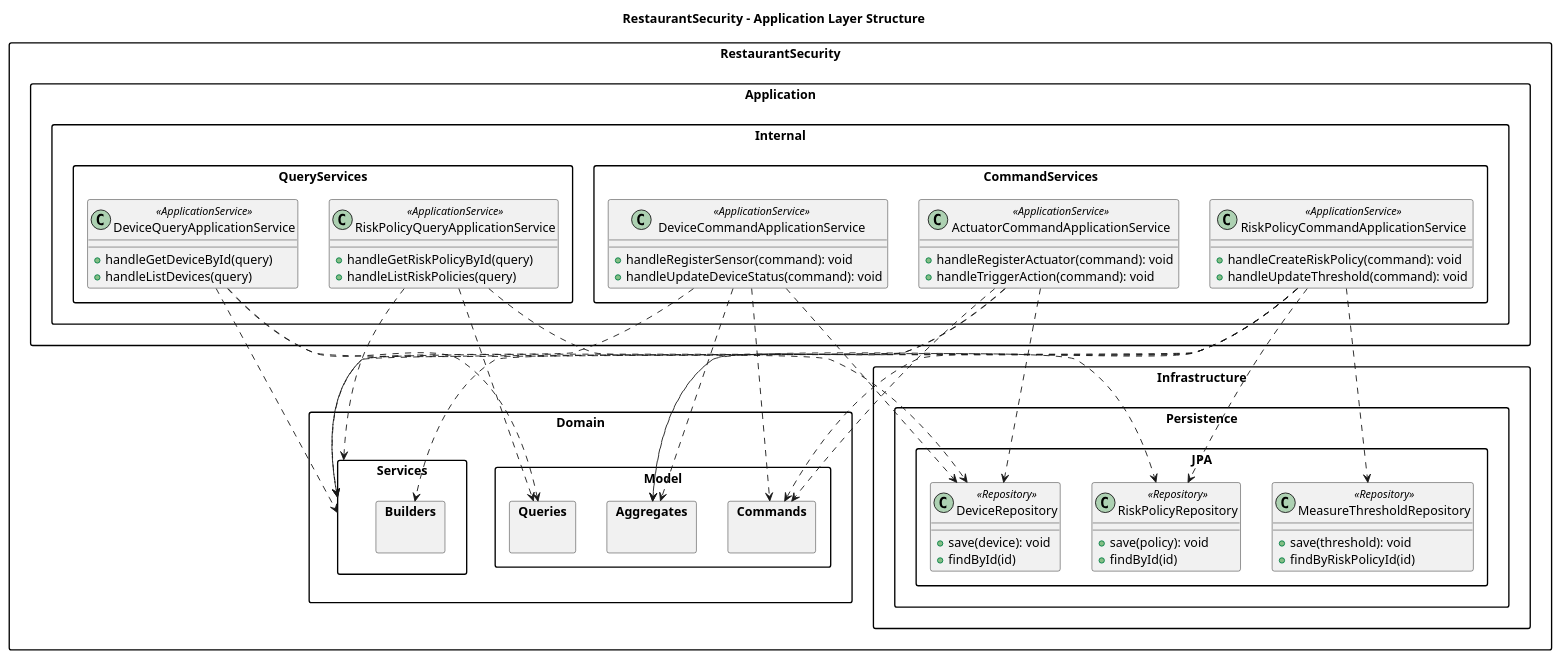
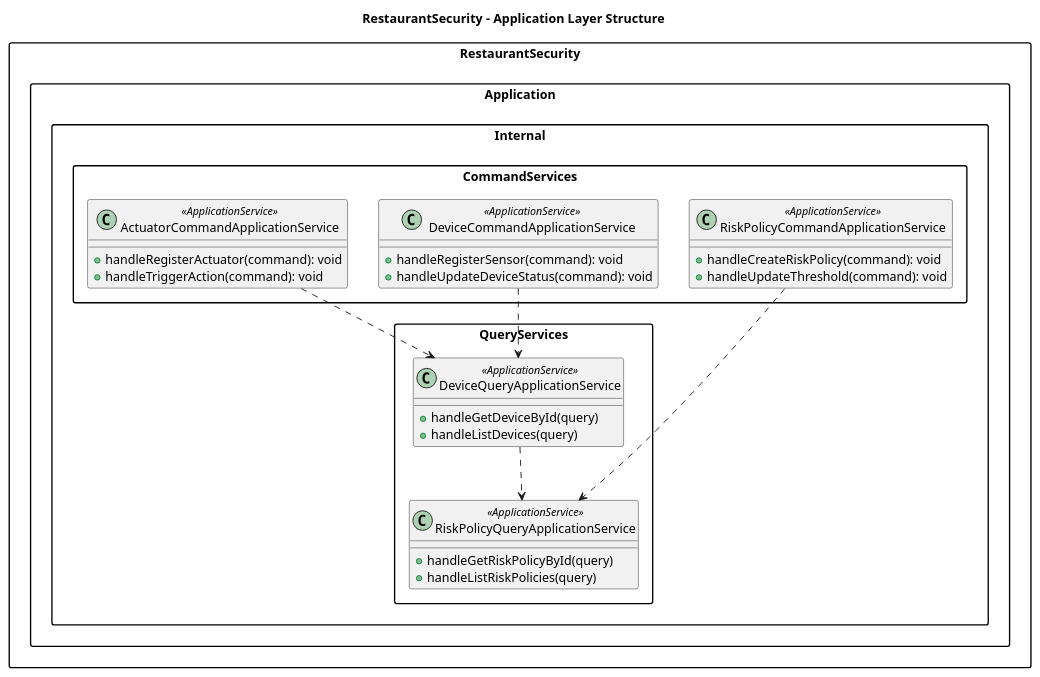
The diagram in img/capitulo_4/tactical_ddd/Security/security_application.puml (Soulware-IoT/report), drawn with PlantUML before and after one commit. The commit also changed 8 other files, not shown here.

```diff
--- a/img/capitulo_4/tactical_ddd/Security/security_application.puml
+++ b/img/capitulo_4/tactical_ddd/Security/security_application.puml
@@ -1,88 +1,40 @@
 @startuml
 skinparam packageStyle rectangle
 
 title RestaurantSecurity - Application Layer Structure
 
 package "RestaurantSecurity" {
-    package "Domain" {
-        package "Model" {
-            package "Aggregates" {}
-            package "Commands" {}
-            package "Queries" {}
-        }
-        package "Services" {
-            package "Builders" {}
-        }
-    }
-
     package "Application.Internal" {
         package "CommandServices" {
             class DeviceCommandApplicationService <<ApplicationService>> {
                 +handleRegisterSensor(command): void
                 +handleUpdateDeviceStatus(command): void
             }
             class RiskPolicyCommandApplicationService <<ApplicationService>> {
                 +handleCreateRiskPolicy(command): void
                 +handleUpdateThreshold(command): void
             }
             class ActuatorCommandApplicationService <<ApplicationService>> {
                 +handleRegisterActuator(command): void
                 +handleTriggerAction(command): void
             }
         }
         package "QueryServices" {
             class DeviceQueryApplicationService <<ApplicationService>> {
                 +handleGetDeviceById(query)
                 +handleListDevices(query)
             }
             class RiskPolicyQueryApplicationService <<ApplicationService>> {
                 +handleGetRiskPolicyById(query)
                 +handleListRiskPolicies(query)
             }
         }
     }
-
-    package "Infrastructure.Persistence" {
-        package "JPA" {
-            class DeviceRepository <<Repository>> {
-                +save(device): void
-                +findById(id)
-            }
-            class RiskPolicyRepository <<Repository>> {
-                +save(policy): void
-                +findById(id)
-            }
-            class MeasureThresholdRepository <<Repository>> {
-                +save(threshold): void
-                +findByRiskPolicyId(id)
-            }
-        }
-    }
 }
 
 ' === RELACIONES DE APPLICATION: Security ===
-RestaurantSecurity.Application.Internal.CommandServices.DeviceCommandApplicationService ..> RestaurantSecurity.Domain.Services
-RestaurantSecurity.Application.Internal.CommandServices.DeviceCommandApplicationService ..> RestaurantSecurity.Domain.Model.Commands
-RestaurantSecurity.Application.Internal.CommandServices.DeviceCommandApplicationService ..> RestaurantSecurity.Domain.Model.Aggregates
-RestaurantSecurity.Application.Internal.CommandServices.DeviceCommandApplicationService ..> RestaurantSecurity.Infrastructure.Persistence.JPA.DeviceRepository
-
-RestaurantSecurity.Application.Internal.CommandServices.RiskPolicyCommandApplicationService ..> RestaurantSecurity.Domain.Services
-RestaurantSecurity.Application.Internal.CommandServices.RiskPolicyCommandApplicationService ..> RestaurantSecurity.Domain.Model.Commands
-RestaurantSecurity.Application.Internal.CommandServices.RiskPolicyCommandApplicationService ..> RestaurantSecurity.Domain.Model.Aggregates
-RestaurantSecurity.Application.Internal.CommandServices.RiskPolicyCommandApplicationService ..> RestaurantSecurity.Domain.Services.Builders
-RestaurantSecurity.Application.Internal.CommandServices.RiskPolicyCommandApplicationService ..> RestaurantSecurity.Infrastructure.Persistence.JPA.RiskPolicyRepository
-RestaurantSecurity.Application.Internal.CommandServices.RiskPolicyCommandApplicationService ..> RestaurantSecurity.Infrastructure.Persistence.JPA.MeasureThresholdRepository
-
-RestaurantSecurity.Application.Internal.CommandServices.ActuatorCommandApplicationService ..> RestaurantSecurity.Domain.Services
-RestaurantSecurity.Application.Internal.CommandServices.ActuatorCommandApplicationService ..> RestaurantSecurity.Domain.Model.Commands
-RestaurantSecurity.Application.Internal.CommandServices.ActuatorCommandApplicationService ..> RestaurantSecurity.Domain.Model.Aggregates
-RestaurantSecurity.Application.Internal.CommandServices.ActuatorCommandApplicationService ..> RestaurantSecurity.Infrastructure.Persistence.JPA.DeviceRepository
-
-RestaurantSecurity.Application.Internal.QueryServices.DeviceQueryApplicationService ..> RestaurantSecurity.Domain.Services
-RestaurantSecurity.Application.Internal.QueryServices.DeviceQueryApplicationService ..> RestaurantSecurity.Domain.Model.Queries
-RestaurantSecurity.Application.Internal.QueryServices.DeviceQueryApplicationService ..> RestaurantSecurity.Infrastructure.Persistence.JPA.DeviceRepository
-
-RestaurantSecurity.Application.Internal.QueryServices.RiskPolicyQueryApplicationService ..> RestaurantSecurity.Domain.Services
-RestaurantSecurity.Application.Internal.QueryServices.RiskPolicyQueryApplicationService ..> RestaurantSecurity.Domain.Model.Queries
-RestaurantSecurity.Application.Internal.QueryServices.RiskPolicyQueryApplicationService ..> RestaurantSecurity.Infrastructure.Persistence.JPA.RiskPolicyRepository
+RestaurantSecurity.Application.Internal.CommandServices.DeviceCommandApplicationService ..> RestaurantSecurity.Application.Internal.QueryServices.DeviceQueryApplicationService
+RestaurantSecurity.Application.Internal.CommandServices.RiskPolicyCommandApplicationService ..> RestaurantSecurity.Application.Internal.QueryServices.RiskPolicyQueryApplicationService
+RestaurantSecurity.Application.Internal.CommandServices.ActuatorCommandApplicationService ..> RestaurantSecurity.Application.Internal.QueryServices.DeviceQueryApplicationService
+RestaurantSecurity.Application.Internal.QueryServices.DeviceQueryApplicationService ..> RestaurantSecurity.Application.Internal.QueryServices.RiskPolicyQueryApplicationService
 @enduml
```
